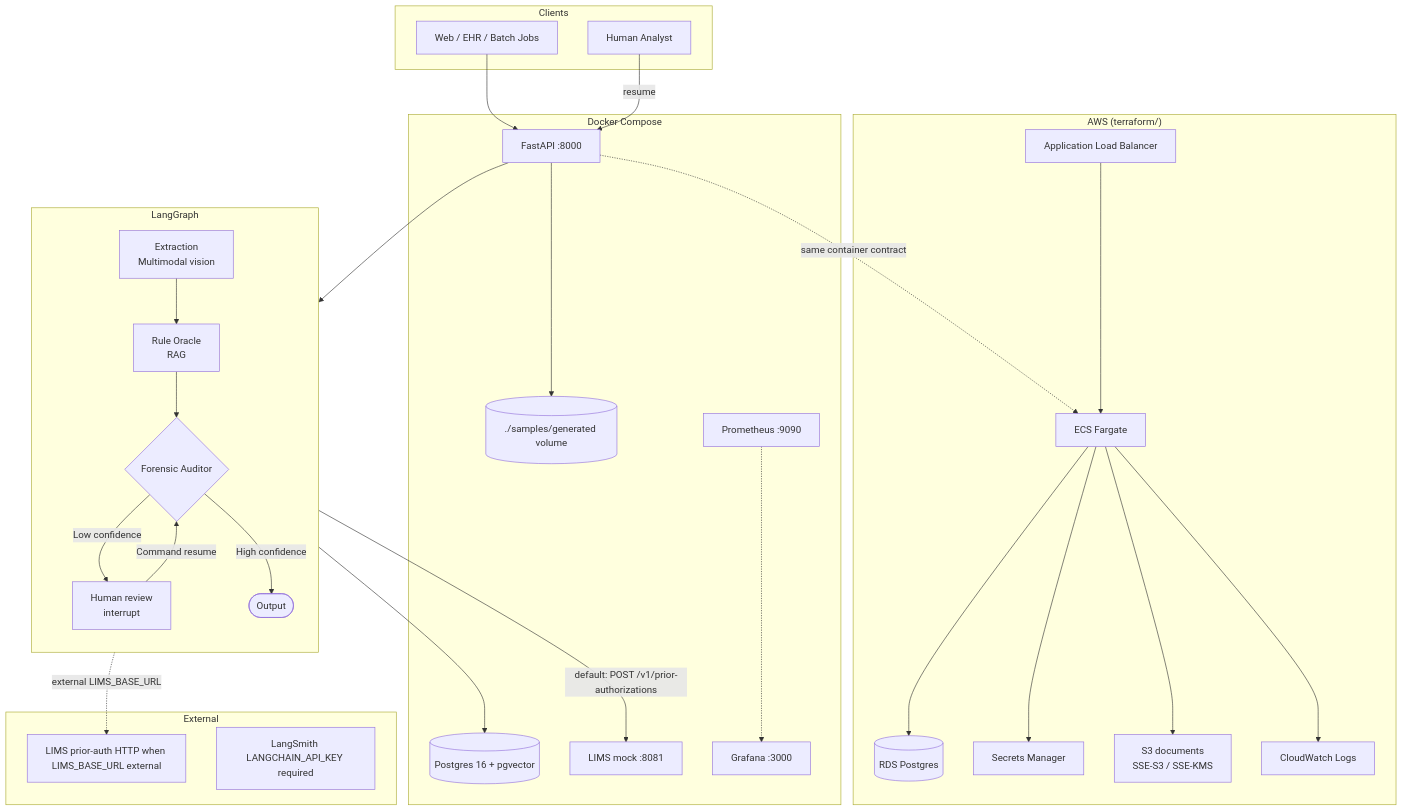
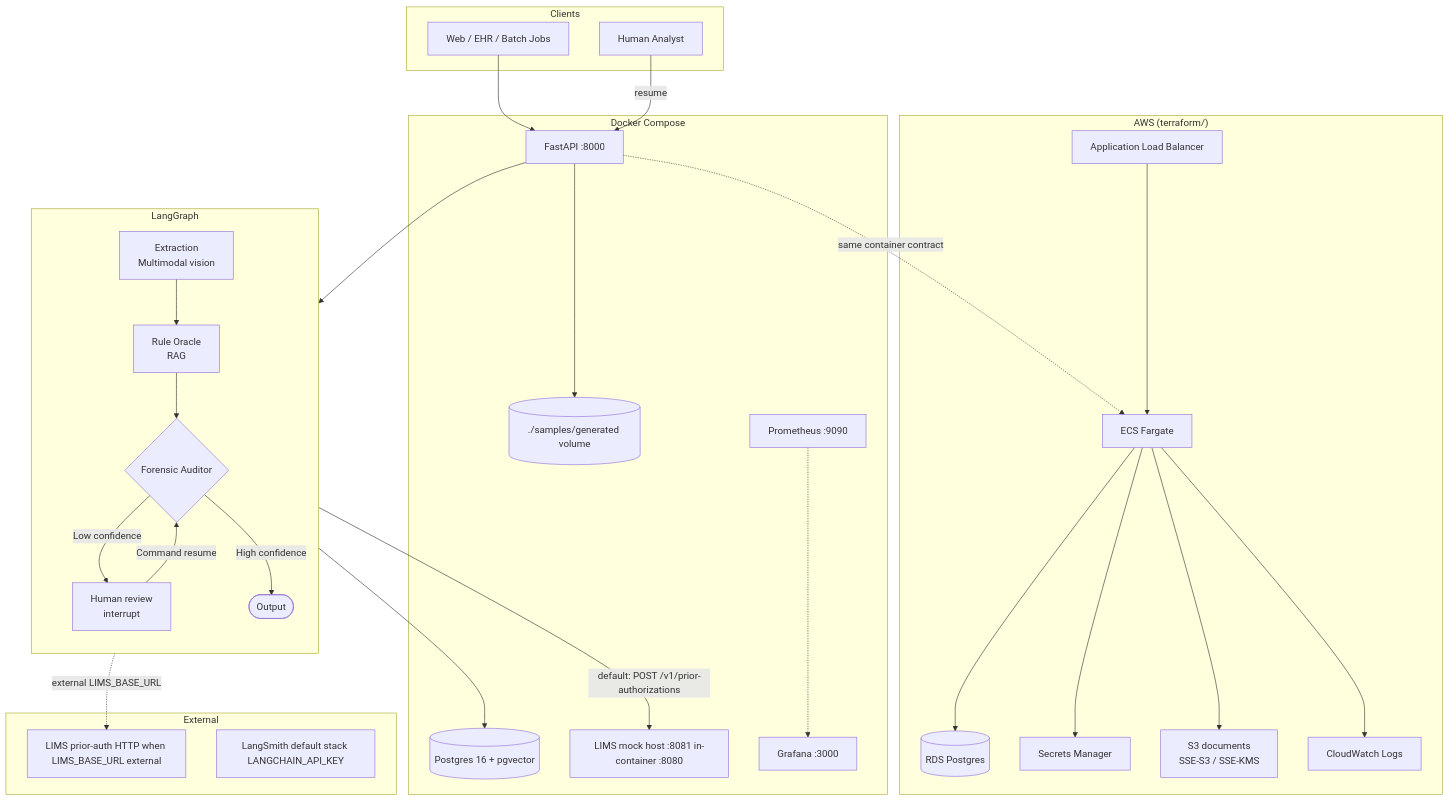
The first of 2 diagrams in README.md (pvenkata-tech/the-rcm-guardian), drawn with Mermaid before and after one commit. The commit also changed other lines of this file and 5 other files, not shown here.

First line of the commit message:
docs: polish README and clarify LIMS, LangSmith, schema

````diff
--- a/README.md
+++ b/README.md
@@ -107,60 +160,60 @@
 ```mermaid
 flowchart TB
     subgraph Clients
         UI[Web / EHR / Batch Jobs]
         Analyst[Human Analyst]
     end
 
     subgraph AWS["AWS (terraform/)"]
         ECS[ECS Fargate]
         ALB[Application Load Balancer]
         RDS[(RDS Postgres)]
         SM[Secrets Manager]
         S3[S3 documents<br/>SSE-S3 / SSE-KMS]
         CW[CloudWatch Logs]
         ALB --> ECS
         ECS --> RDS
         ECS --> SM
         ECS --> S3
         ECS --> CW
     end
 
     subgraph Ext["External"]
         LIMS_API[LIMS prior-auth HTTP when LIMS_BASE_URL external]
-        LS[LangSmith LANGCHAIN_API_KEY required]
+        LS[LangSmith default stack LANGCHAIN_API_KEY]
     end
 
     subgraph Docker_Local["Docker Compose"]
         API[FastAPI :8000]
         PG[(Postgres 16 + pgvector)]
-        LIMSM[LIMS mock :8081]
+        LIMSM[LIMS mock host :8081 in-container :8080]
         VOL[(./samples/generated volume)]
         PRO[Prometheus :9090]
         GRA[Grafana :3000]
     end
 
     PRO -.-> GRA
 
     subgraph Orchestration["LangGraph"]
         direction TB
         EX[Extraction<br/>Multimodal vision]
         RO[Rule Oracle<br/>RAG]
         FA{Forensic Auditor}
         HITL[Human review<br/>interrupt]
         OUT([Output])
         EX --> RO
         RO --> FA
         FA -->|Low confidence| HITL
         HITL -->|Command resume| FA
         FA -->|High confidence| OUT
     end
 
     UI --> API
     Analyst -->|resume| API
     API --> EX
     RO --> PG
     FA -->|default: POST /v1/prior-authorizations| LIMSM
     FA -.->|external LIMS_BASE_URL| LIMS_API
     API --> VOL
     API -.->|same container contract| ECS
 ```
````
